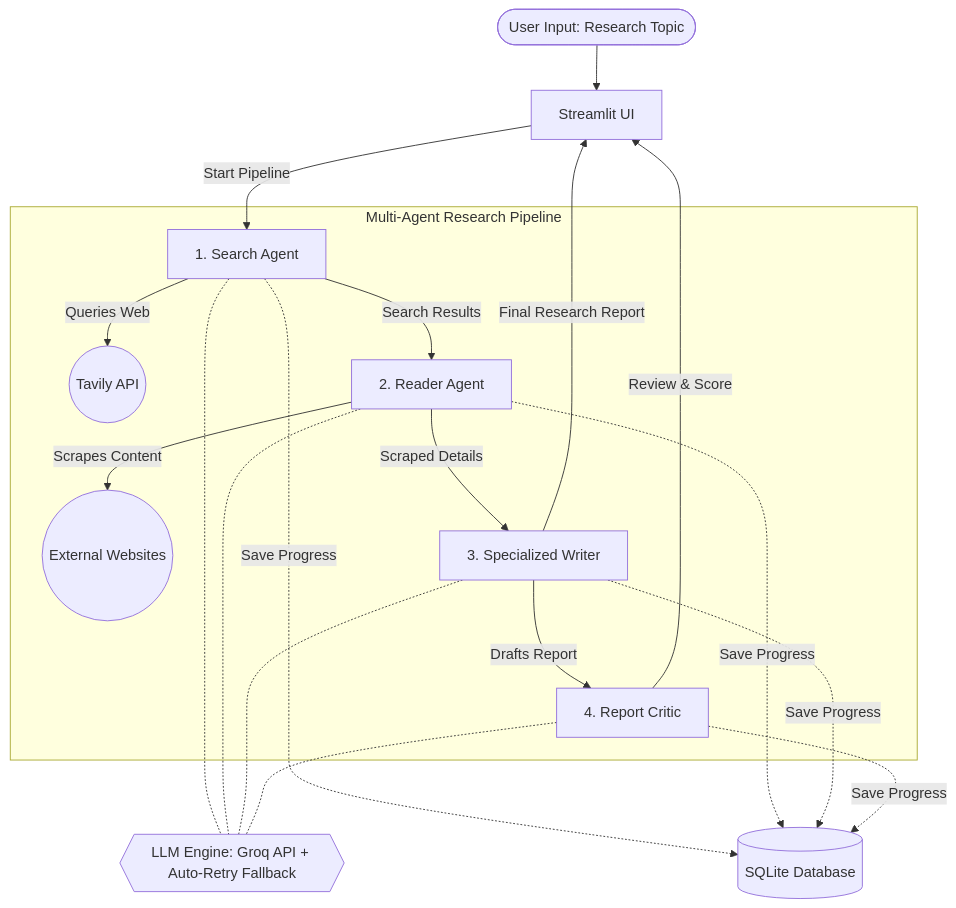
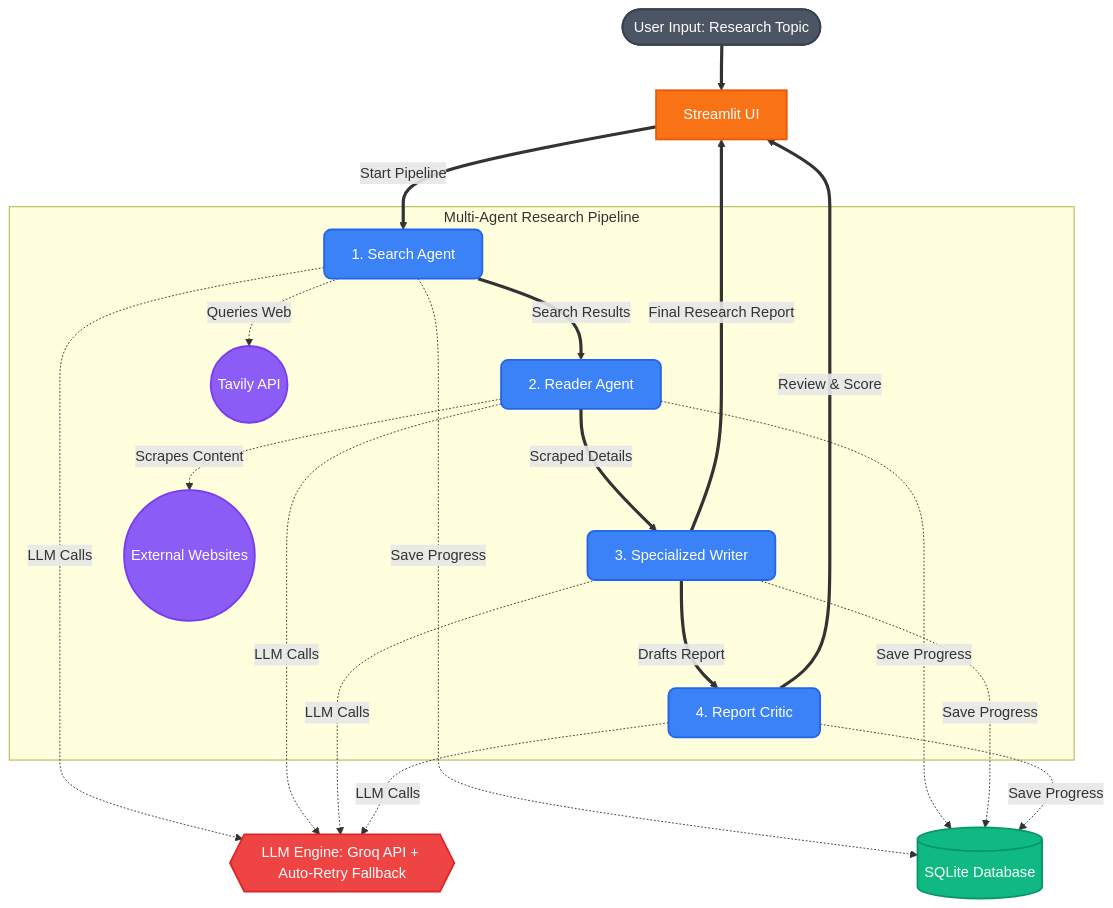
The diagram in README.md (Uday-1001/Research-Mind), drawn with Mermaid before and after one commit. The commit also changed other lines of this file, not shown here.

Commit message:
Updated ReadMe.md file

````diff
--- a/README.md
+++ b/README.md
@@ -19,29 +19,40 @@
 ```mermaid
 graph TD
-    User([User Input: Research Topic]) --> UI[Streamlit UI]
-    UI -->|Start Pipeline| SA
+    User([User Input: Research Topic]) ==> UI[Streamlit UI]
+    UI ==>|Start Pipeline| SA
     
     subgraph Multi-Agent Research Pipeline
-        SA[1. Search Agent] -- "Queries Web" --> Tavily((Tavily API))
-        SA -->|Search Results| RA[2. Reader Agent]
+        SA[1. Search Agent] ==>|Search Results| RA[2. Reader Agent]
+        SA -. "Queries Web" .-> Tavily((Tavily API))
         
-        RA -- "Scrapes Content" --> WebSites((External Websites))
-        RA -->|Scraped Details| WC[3. Specialized Writer]
+        RA ==>|Scraped Details| WC[3. Specialized Writer]
+        RA -. "Scrapes Content" .-> WebSites((External Websites))
         
-        WC -->|Drafts Report| CC[4. Report Critic]
+        WC ==>|Drafts Report| CC[4. Report Critic]
     end
     
     Engine{{LLM Engine: Groq API + Auto-Retry Fallback}}
-    SA -.- Engine
-    RA -.- Engine
-    WC -.- Engine
-    CC -.- Engine
+    SA -. "LLM Calls" .-> Engine
+    RA -. "LLM Calls" .-> Engine
+    WC -. "LLM Calls" .-> Engine
+    CC -. "LLM Calls" .-> Engine
     
-    SA -.->|Save Progress| DB[(SQLite Database)]
-    RA -.->|Save Progress| DB
-    WC -.->|Save Progress| DB
-    CC -.->|Save Progress| DB
+    SA -. "Save Progress" .-> DB[(SQLite Database)]
+    RA -. "Save Progress" .-> DB
+    WC -. "Save Progress" .-> DB
+    CC -. "Save Progress" .-> DB
     
-    WC -->|Final Research Report| UI
-    CC -->|Review & Score| UI
+    WC ==>|Final Research Report| UI
+    CC ==>|Review & Score| UI
+
+    style User fill:#4b5563,stroke:#374151,stroke-width:2px,color:#fff
+    style UI fill:#f97316,stroke:#ea580c,stroke-width:2px,color:#fff
+    style SA fill:#3b82f6,stroke:#2563eb,stroke-width:2px,color:#fff,rx:8,ry:8
+    style RA fill:#3b82f6,stroke:#2563eb,stroke-width:2px,color:#fff,rx:8,ry:8
+    style WC fill:#3b82f6,stroke:#2563eb,stroke-width:2px,color:#fff,rx:8,ry:8
+    style CC fill:#3b82f6,stroke:#2563eb,stroke-width:2px,color:#fff,rx:8,ry:8
+    style Tavily fill:#8b5cf6,stroke:#7c3aed,stroke-width:2px,color:#fff
+    style WebSites fill:#8b5cf6,stroke:#7c3aed,stroke-width:2px,color:#fff
+    style DB fill:#10b981,stroke:#059669,stroke-width:2px,color:#fff
+    style Engine fill:#ef4444,stroke:#dc2626,stroke-width:2px,color:#fff
 ```
````
